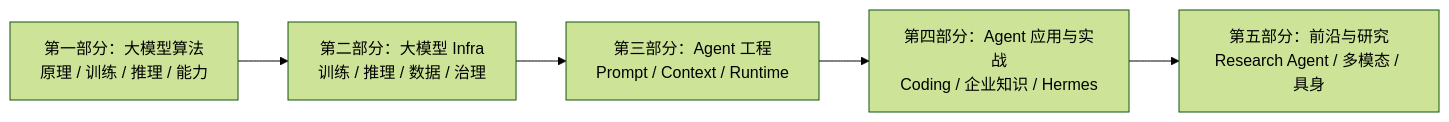
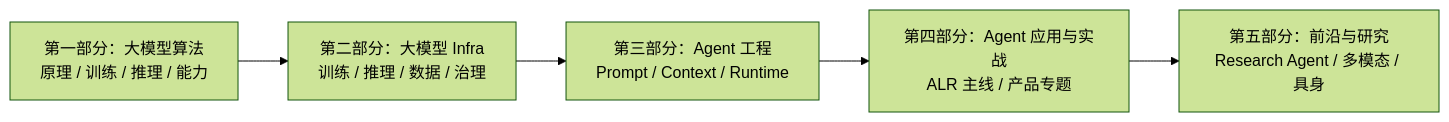
Before and after one commit to wxquare/wxquare.github.io: the diagram in books/ai-book/src/README.md, drawn with Mermaid (forest theme). The commit also changed other lines of this file and 24 other files, not shown here.

````diff
--- a/books/ai-book/src/README.md
+++ b/books/ai-book/src/README.md
@@ -13,7 +13,7 @@
 ```mermaid
 flowchart LR
     A["第一部分：大模型算法<br/>原理 / 训练 / 推理 / 能力"] --> B["第二部分：大模型 Infra<br/>训练 / 推理 / 数据 / 治理"]
     B --> C["第三部分：Agent 工程<br/>Prompt / Context / Runtime"]
-    C --> D["第四部分：Agent 应用与实战<br/>Coding / 企业知识 / Hermes"]
+    C --> D["第四部分：Agent 应用与实战<br/>ALR 主线 / 产品专题"]
     D --> E["第五部分：前沿与研究<br/>Research Agent / 多模态 / 具身"]
 ```
````
